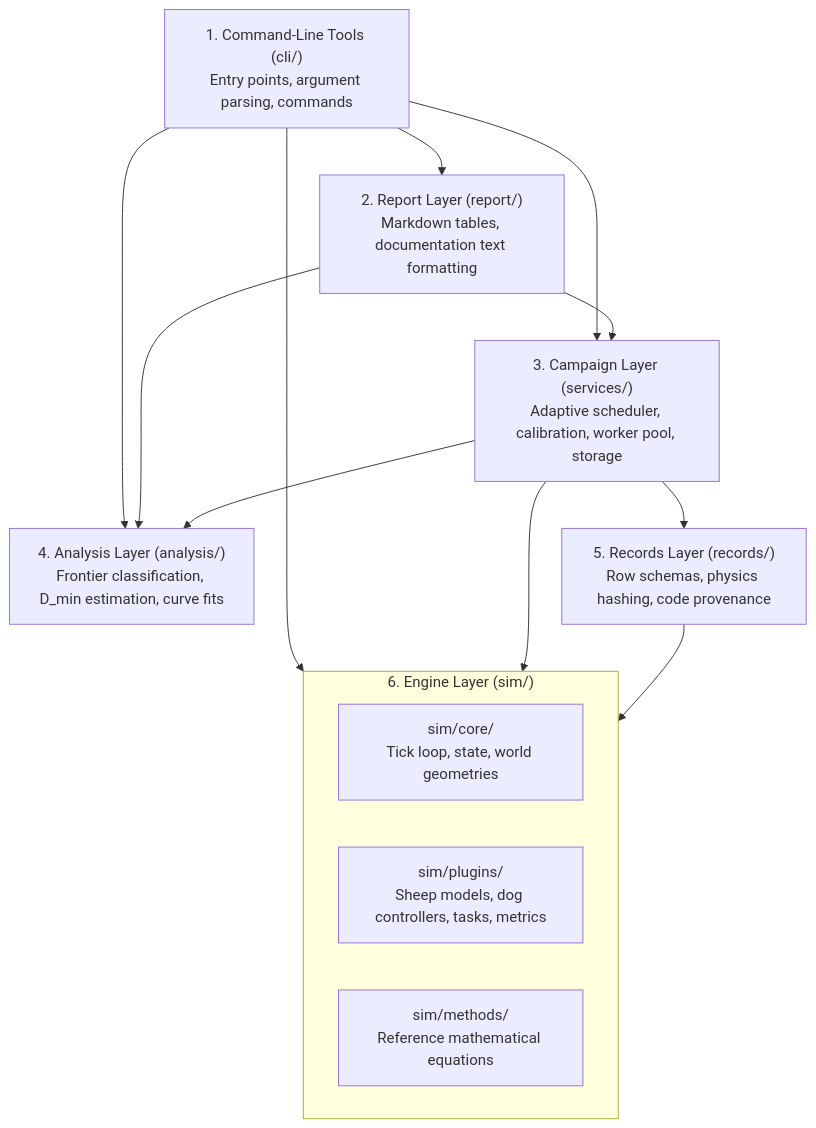
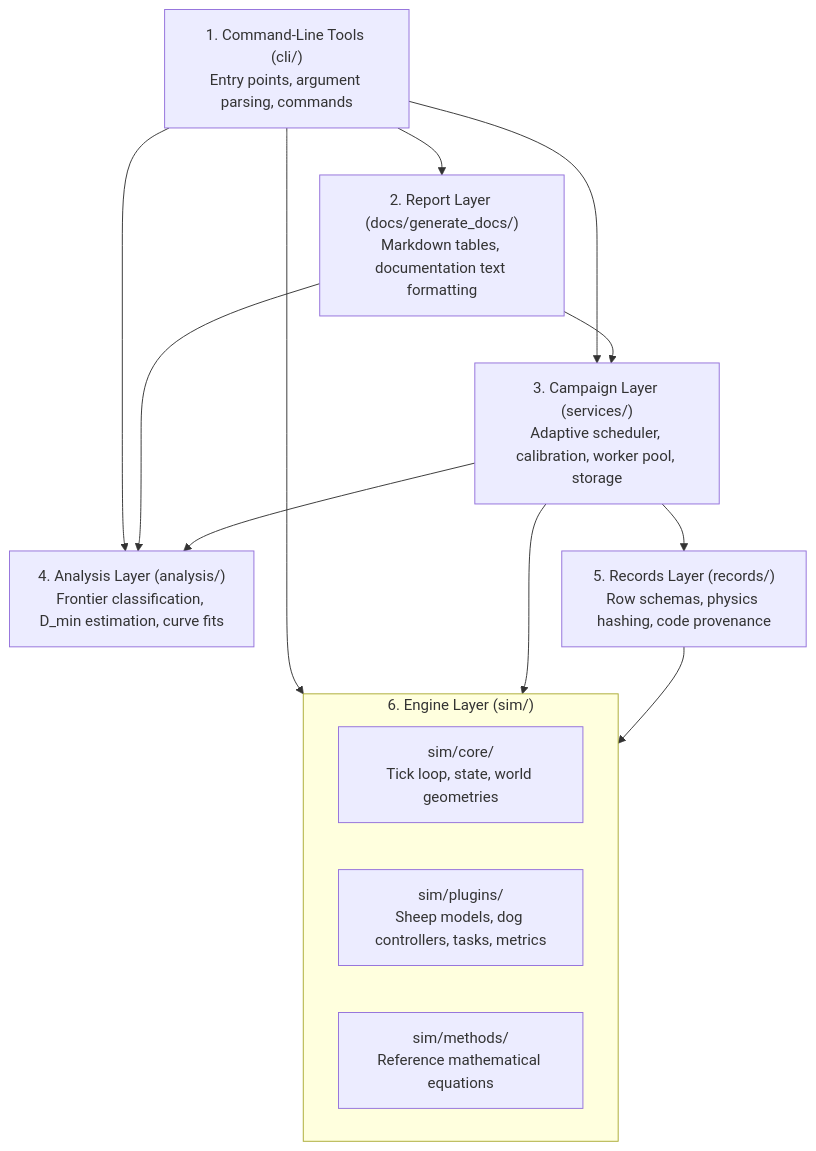
One commit to lykimq/HerdSim changed the second of 3 diagrams in docs/codes/architecture.md. Above: the diagram before and after it, drawn with Mermaid. The commit also changed other lines of this file and 25 other files, not shown here.

````diff
--- a/docs/codes/architecture.md
+++ b/docs/codes/architecture.md
@@ -65,24 +65,24 @@
 ```mermaid
 flowchart TB
     tools["1. Command-Line Tools (cli/)<br/>Entry points, argument parsing, commands"]
-    report["2. Report Layer (report/)<br/>Markdown tables, documentation text formatting"]
+    report["2. Report Layer (docs/generate_docs/)<br/>Markdown tables, documentation text formatting"]
     campaign["3. Campaign Layer (services/)<br/>Adaptive scheduler, calibration, worker pool, storage"]
     analysis["4. Analysis Layer (analysis/)<br/>Frontier classification, D_min estimation, curve fits"]
     records["5. Records Layer (records/)<br/>Row schemas, physics hashing, code provenance"]
     subgraph engine ["6. Engine Layer (sim/)"]
         core["sim/core/<br/>Tick loop, state, world geometries"]
         plugins["sim/plugins/<br/>Sheep models, dog controllers, tasks, metrics"]
         formulas["sim/methods/<br/>Reference mathematical equations"]
     end
 
     tools --> report
     tools --> campaign
     tools --> analysis
     tools --> engine
     report --> campaign
     report --> analysis
     campaign --> analysis
     campaign --> records
     campaign --> engine
     records --> engine
 ```
````
